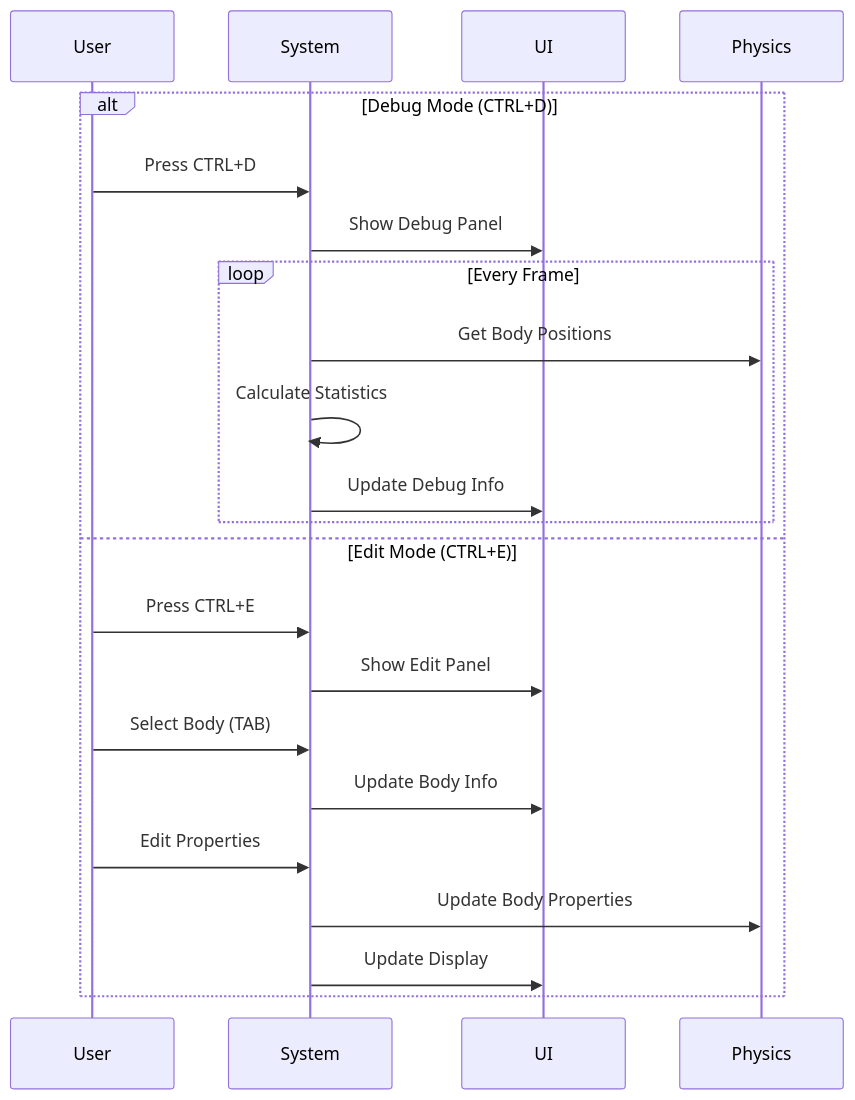
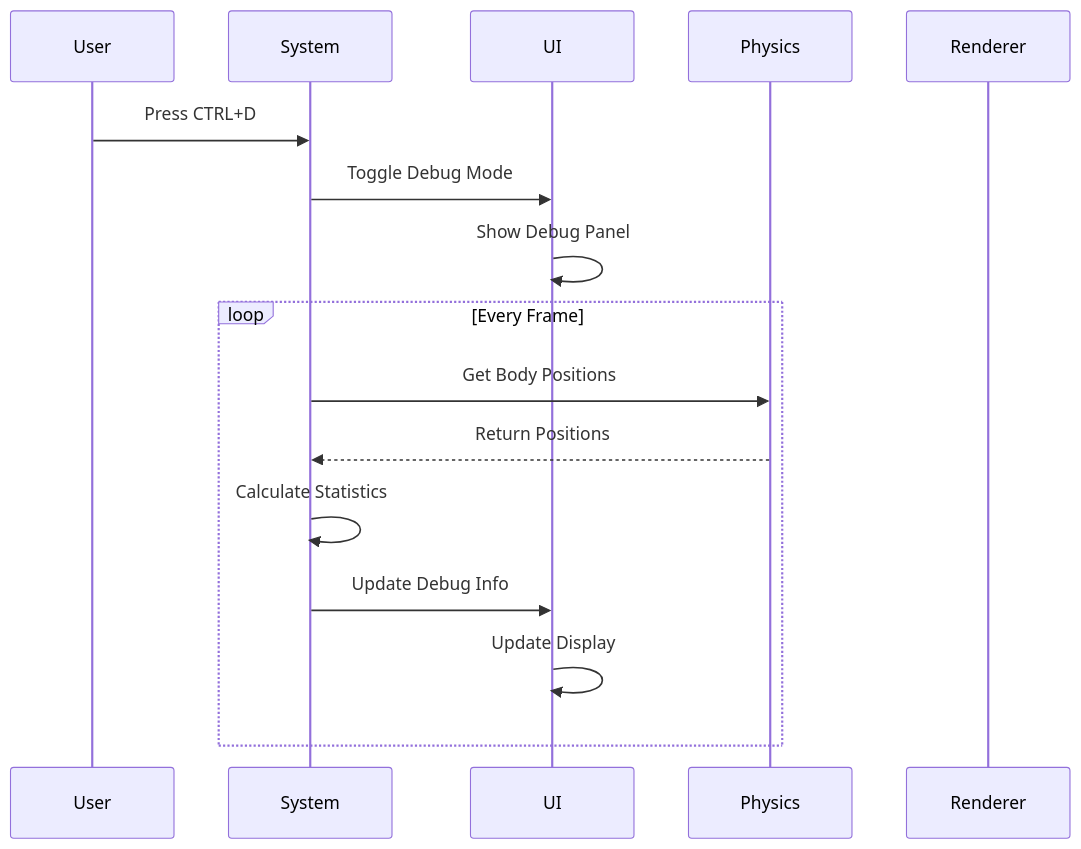
Before and after one commit to thoracle/planetz: the eighth of 13 diagrams in docs/tech_design.md, drawn with Mermaid. The commit also changed other lines of this file and 1 other file, not shown here.

Commit message:
technical design pass before edit-mode targeting impl

````diff
--- a/docs/tech_design.md
+++ b/docs/tech_design.md
@@ -253,25 +464,20 @@
 ```mermaid
 sequenceDiagram
     participant User
     participant System
     participant UI
     participant Physics
+    participant Renderer
 
-    alt Debug Mode (CTRL+D)
-        User->>System: Press CTRL+D
-        System->>UI: Show Debug Panel
-        loop Every Frame
-            System->>Physics: Get Body Positions
-            System->>System: Calculate Statistics
-            System->>UI: Update Debug Info
-        end
-    else Edit Mode (CTRL+E)
-        User->>System: Press CTRL+E
-        System->>UI: Show Edit Panel
-        User->>System: Select Body (TAB)
-        System->>UI: Update Body Info
-        User->>System: Edit Properties
-        System->>Physics: Update Body Properties
-        System->>UI: Update Display
+    User->>System: Press CTRL+D
+    System->>UI: Toggle Debug Mode
+    UI->>UI: Show Debug Panel
+
+    loop Every Frame
+        System->>Physics: Get Body Positions
+        Physics-->>System: Return Positions
+        System->>System: Calculate Statistics
+        System->>UI: Update Debug Info
+        UI->>UI: Update Display
     end
 ```
````
